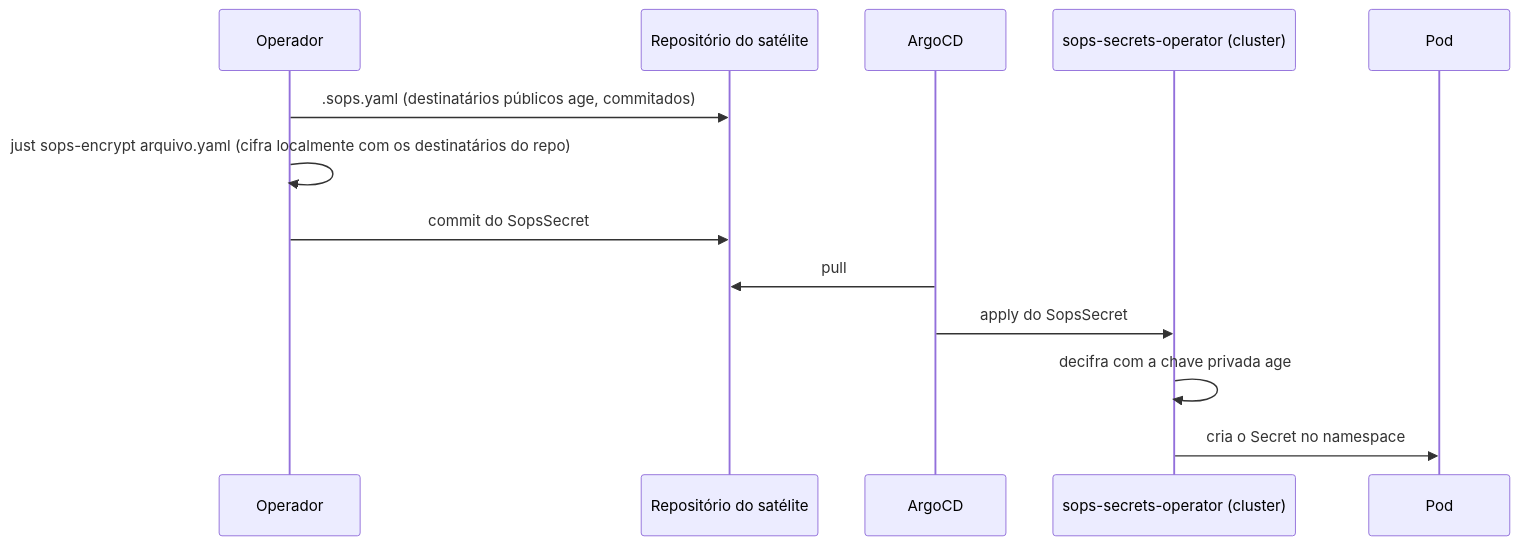
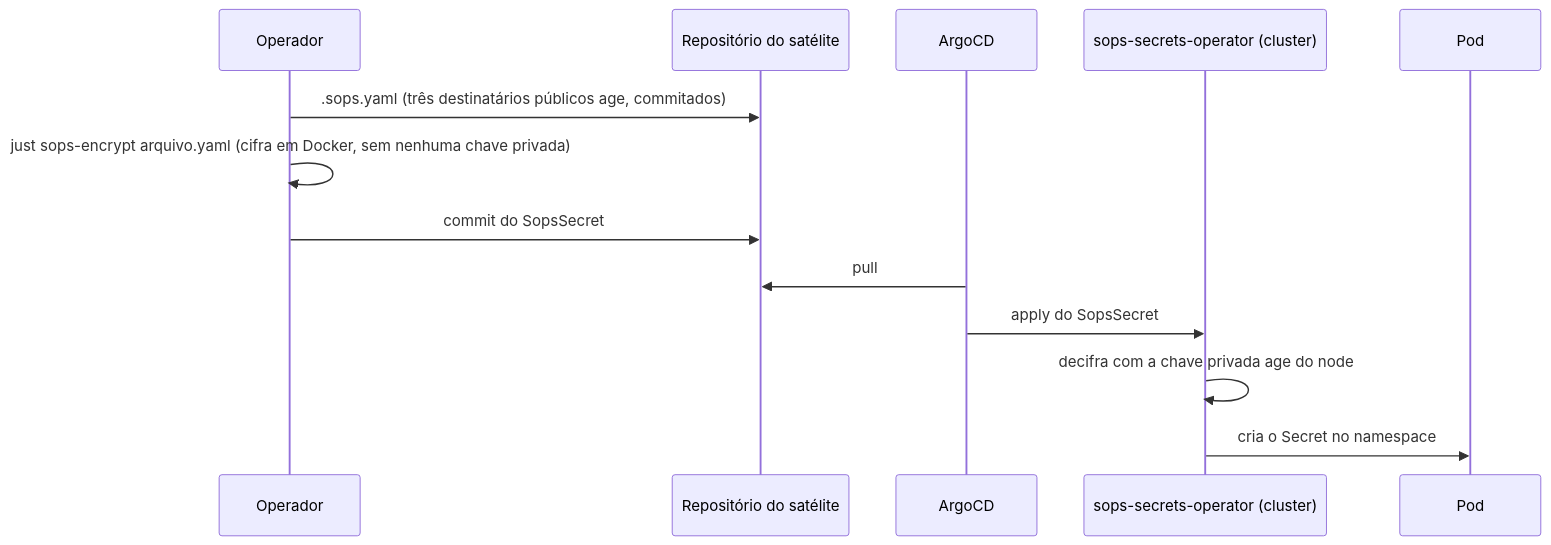
The second of 2 diagrams in docs/arquitetura/modelo-de-ameacas.md (guesant/hl-infrastructure), drawn with Mermaid before and after one commit. The commit also changed other lines of this file and 3 other files, not shown here.

````diff
--- a/docs/arquitetura/modelo-de-ameacas.md
+++ b/docs/arquitetura/modelo-de-ameacas.md
@@ -59,15 +61,15 @@
 ```mermaid
 sequenceDiagram
     participant Op as Operador
     participant Git as Repositório do satélite
     participant Argo as ArgoCD
     participant SSO as sops-secrets-operator (cluster)
     participant Pod as Pod
-    Op->>Git: .sops.yaml (destinatários públicos age, commitados)
-    Op->>Op: just sops-encrypt arquivo.yaml (cifra localmente com os destinatários do repo)
+    Op->>Git: .sops.yaml (três destinatários públicos age, commitados)
+    Op->>Op: just sops-encrypt arquivo.yaml (cifra em Docker, sem nenhuma chave privada)
     Op->>Git: commit do SopsSecret
     Argo->>Git: pull
     Argo->>SSO: apply do SopsSecret
-    SSO->>SSO: decifra com a chave privada age
+    SSO->>SSO: decifra com a chave privada age do node
     SSO->>Pod: cria o Secret no namespace
 ```
````
